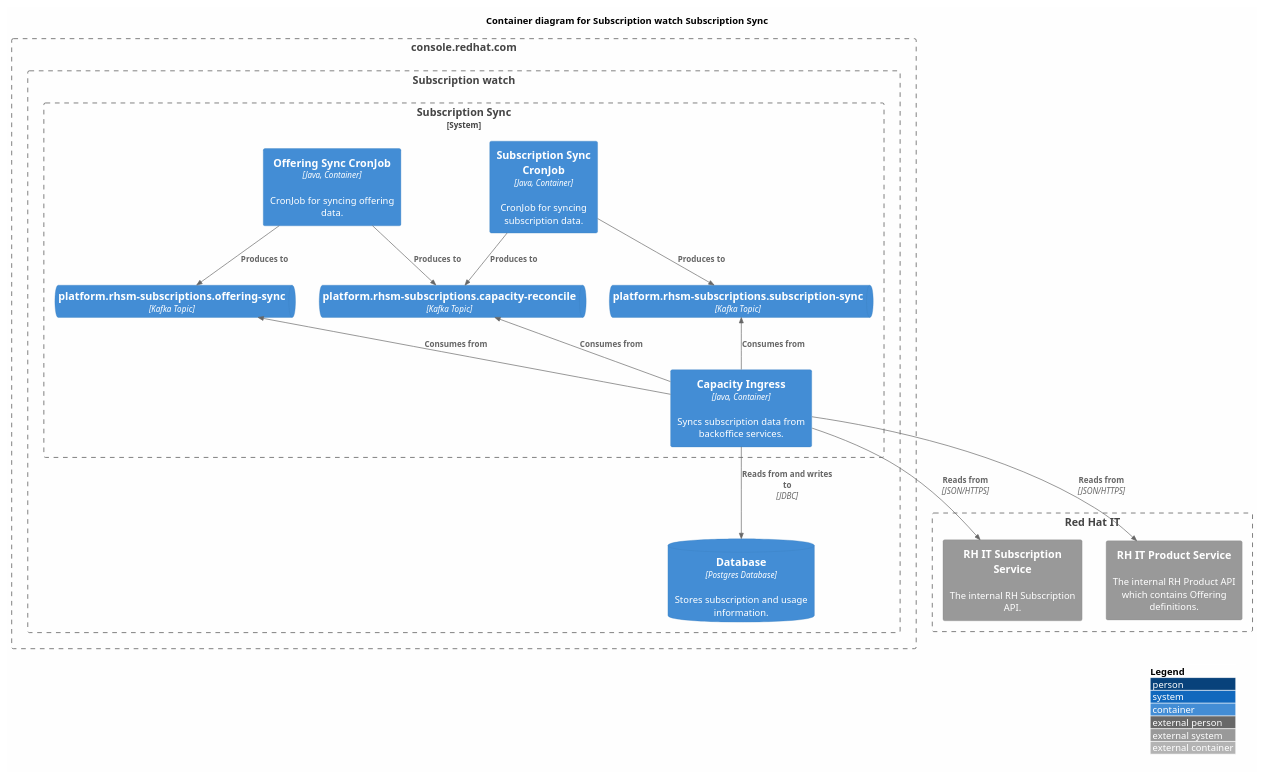
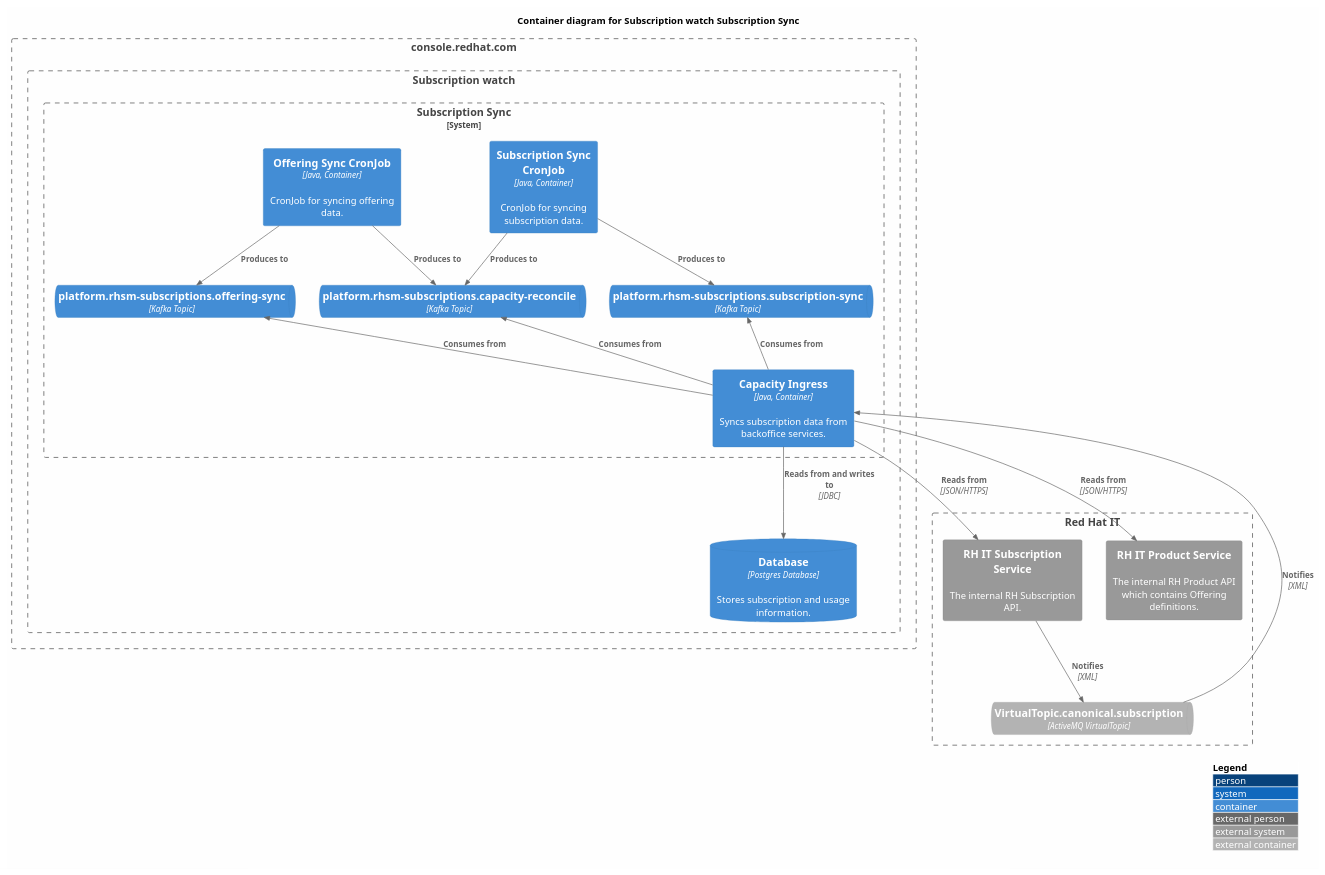
One commit to RedHatInsights/rhsm-subscriptions changed the diagram in docs/container-subscription-sync.puml. Above: the diagram before and after it, drawn with PlantUML. The commit also changed 27 other files, not shown here.

First line of the commit message:
Integrate w/ UMB subscription message handling

```diff
--- a/docs/container-subscription-sync.puml
+++ b/docs/container-subscription-sync.puml
@@ -1,41 +1,44 @@
 @startuml
 !include <C4/C4_Container>
 
 ' see https://forum.plantuml.net/8356/white-backgrounds-are-rendered-transparent-in-svg
 skinparam backgroundColor #FEFEFE
 
 LAYOUT_WITH_LEGEND()
 
 title Container diagram for Subscription watch Subscription Sync
 
 Boundary(crc, console.redhat.com) {
   Boundary(swatch, "Subscription watch") {
     System_Boundary(subscription_sync, "Subscription Sync") {
       Container(subscription_sync_job, "Subscription Sync CronJob", "Java, Container", "CronJob for syncing subscription data.")
       Container(offering_sync_job, "Offering Sync CronJob", "Java, Container", "CronJob for syncing offering data.")
       Container(capacity_ingress, "Capacity Ingress", "Java, Container", "Syncs subscription data from backoffice services.")
       ContainerQueue(offering_sync_tasks, "platform.rhsm-subscriptions.offering-sync", "Kafka Topic")
       ContainerQueue(capacity_reconcile_tasks, "platform.rhsm-subscriptions.capacity-reconcile", "Kafka Topic")
       ContainerQueue(subscription_sync_tasks, "platform.rhsm-subscriptions.subscription-sync", "Kafka Topic")
     }
     ContainerDb(db, "Database", "Postgres Database", "Stores subscription and usage information.")
   }
 }
 
 Boundary(rhit, "Red Hat IT") {
   System_Ext(rhit_subscriptions, "RH IT Subscription Service", "The internal RH Subscription API.")
   System_Ext(rhit_product, "RH IT Product Service", "The internal RH Product API which contains Offering definitions.")
+  ContainerQueue_Ext(rhit_umb_subscription, "VirtualTopic.canonical.subscription", "ActiveMQ VirtualTopic")
 }
 
 ' capacity ingress process
 Rel(subscription_sync_job, subscription_sync_tasks, "Produces to")
 Rel(subscription_sync_job, capacity_reconcile_tasks, "Produces to")
 Rel(offering_sync_job, offering_sync_tasks, "Produces to")
 Rel(offering_sync_job, capacity_reconcile_tasks, "Produces to")
 Rel_Back(subscription_sync_tasks, capacity_ingress, "Consumes from")
 Rel_Back(capacity_reconcile_tasks, capacity_ingress, "Consumes from")
 Rel_Back(offering_sync_tasks, capacity_ingress, "Consumes from")
 Rel(capacity_ingress, db, "Reads from and writes to", "JDBC")
 Rel(capacity_ingress, rhit_subscriptions, "Reads from", "JSON/HTTPS")
+Rel_Back(capacity_ingress, rhit_umb_subscription, "Notifies", "XML")
 Rel(capacity_ingress, rhit_product, "Reads from", "JSON/HTTPS")
+Rel(rhit_subscriptions, rhit_umb_subscription, "Notifies", "XML")
 @enduml
```
